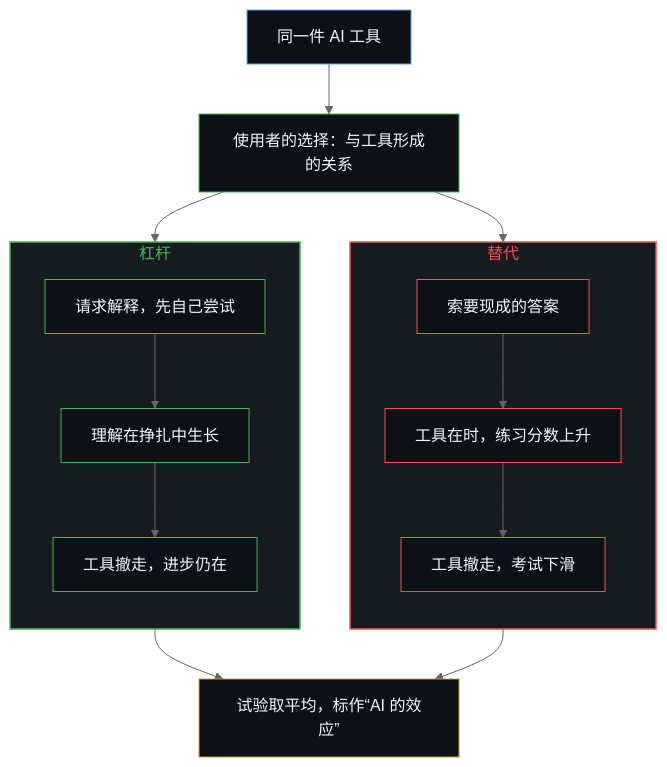
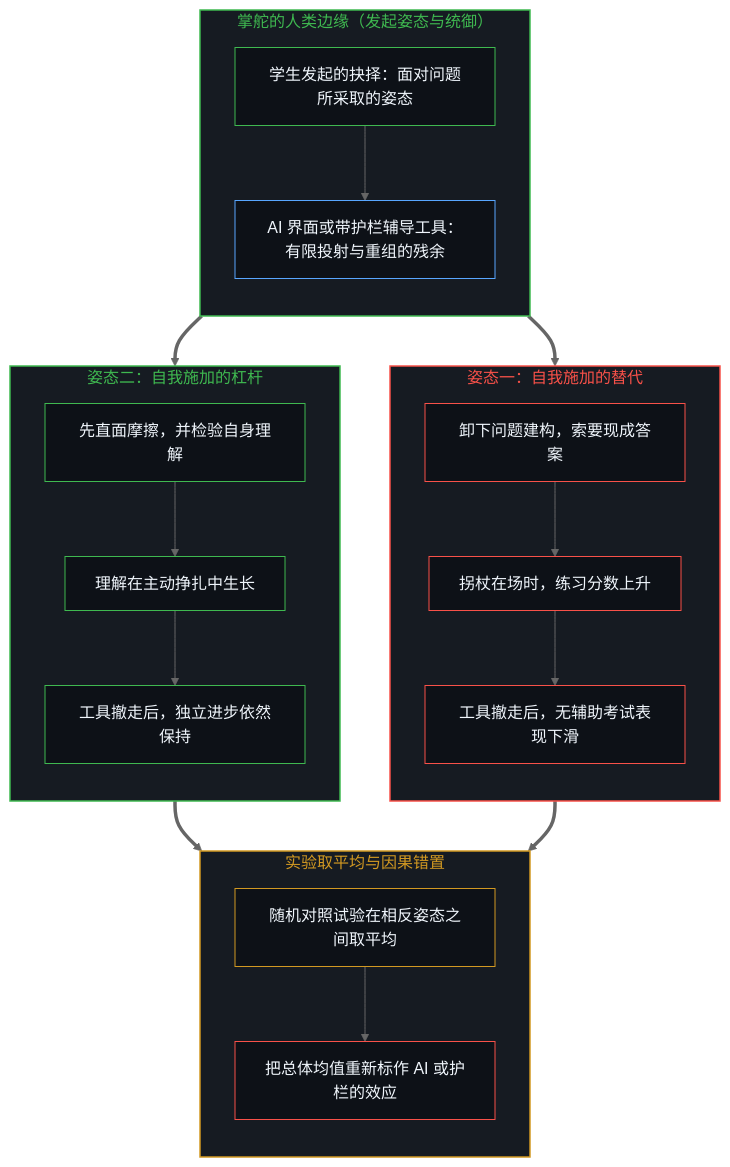
One commit to powerpig99/not-a-toe changed the first of 2 diagrams in content/posts/studying-the-effect-of-ai-relocates-causality.md. Above: the diagram before and after it, drawn with Mermaid (neutral theme). The commit also changed other lines of this file and 2 other files, not shown here.

````diff
--- a/content/posts/studying-the-effect-of-ai-relocates-causality.md
+++ b/content/posts/studying-the-effect-of-ai-relocates-causality.md
@@ -37,34 +37,52 @@
 ```mermaid
 flowchart TD
-    T["同一件 AI 工具"]
-    P["使用者的选择：与工具形成的关系"]
-    subgraph S_Sub["替代"]
+    subgraph S_Edge["掌舵的人类边缘（发起姿态与统御）"]
         direction TB
-        A1["索要现成的答案"]
-        A2["工具在时，练习分数上升"]
-        A3["工具撤走，考试下滑"]
+        E_Posture["学生发起的抉择：面对问题所采取的姿态"]
+        E_Tool["AI 界面或带护栏辅导工具：有限投射与重组的残余"]
+        E_Posture --> E_Tool
     end
-    subgraph S_Lev["杠杆"]
+
+    subgraph S_Sub["姿态一：自我施加的替代"]
         direction TB
-        B1["请求解释，先自己尝试"]
-        B2["理解在挣扎中生长"]
-        B3["工具撤走，进步仍在"]
+        A1["卸下问题建构，索要现成答案"]
+        A2["拐杖在场时，练习分数上升"]
+        A3["工具撤走后，无辅助考试表现下滑"]
+        A1 --> A2 --> A3
     end
-    M["试验取平均，标作“AI 的效应”"]
-    T --> P
-    P --> A1 --> A2 --> A3
-    P --> B1 --> B2 --> B3
-    A3 --> M
-    B3 --> M
+
+    subgraph S_Lev["姿态二：自我施加的杠杆"]
+        direction TB
+        B1["先直面摩擦，并检验自身理解"]
+        B2["理解在主动挣扎中生长"]
+        B3["工具撤走后，独立进步依然保持"]
+        B1 --> B2 --> B3
+    end
+
+    subgraph S_RCT["实验取平均与因果错置"]
+        direction TB
+        M1["随机对照试验在相反姿态之间取平均"]
+        M2["把总体均值重新标作 AI 或护栏的效应"]
+        M1 --> M2
+    end
+
+    E_Tool ==> A1
+    E_Tool ==> B1
+    A3 ==> M1
+    B3 ==> M1
+
+    style S_Edge fill:#161b22,stroke:#3fb950,stroke-width:1.5px,color:#3fb950
     style S_Sub fill:#161b22,stroke:#f85149,stroke-width:1.5px,color:#f85149
     style S_Lev fill:#161b22,stroke:#3fb950,stroke-width:1.5px,color:#3fb950
-    style T fill:#0d1117,stroke:#58a6ff,stroke-width:1px,color:#f0f6fc
-    style P fill:#0d1117,stroke:#3fb950,stroke-width:1px,color:#f0f6fc
+    style S_RCT fill:#161b22,stroke:#d29922,stroke-width:1.5px,color:#d29922
+    style E_Posture fill:#0d1117,stroke:#3fb950,stroke-width:1px,color:#f0f6fc
+    style E_Tool fill:#0d1117,stroke:#58a6ff,stroke-width:1px,color:#f0f6fc
     style A1 fill:#0d1117,stroke:#f85149,stroke-width:1px,color:#f0f6fc
     style A2 fill:#0d1117,stroke:#f85149,stroke-width:1px,color:#f0f6fc
     style A3 fill:#0d1117,stroke:#f85149,stroke-width:1px,color:#f0f6fc
     style B1 fill:#0d1117,stroke:#3fb950,stroke-width:1px,color:#f0f6fc
     style B2 fill:#0d1117,stroke:#3fb950,stroke-width:1px,color:#f0f6fc
     style B3 fill:#0d1117,stroke:#3fb950,stroke-width:1px,color:#f0f6fc
-    style M fill:#0d1117,stroke:#d29922,stroke-width:1px,color:#f0f6fc
+    style M1 fill:#0d1117,stroke:#d29922,stroke-width:1px,color:#f0f6fc
+    style M2 fill:#0d1117,stroke:#f85149,stroke-width:1px,color:#f0f6fc
 ```
````
